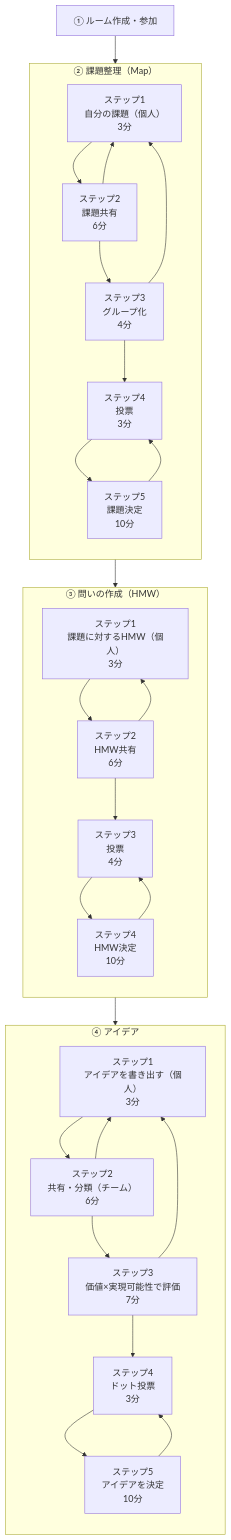
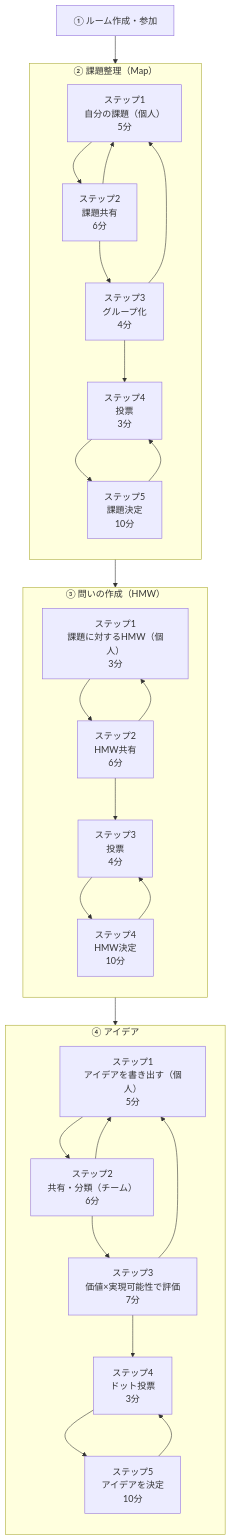
The diagram in docs/product/sprint-flow.md (engineer-first/idea-boost), drawn with Mermaid before and after one commit. The commit also changed other lines of this file and 15 other files, not shown here.

````diff
--- a/docs/product/sprint-flow.md
+++ b/docs/product/sprint-flow.md
@@ -7,51 +7,51 @@
 ```mermaid
 flowchart TD
 
 A[① ルーム作成・参加]
 
 A --> C
 
 subgraph C["② 課題整理（Map）"]
 direction TB
-C1[ステップ1<br>自分の課題（個人）<br>3分]
+C1[ステップ1<br>自分の課題（個人）<br>5分]
 C2[ステップ2<br>課題共有<br>6分]
 C3[ステップ3<br>グループ化<br>4分]
 C4[ステップ4<br>投票<br>3分]
 C5[ステップ5<br>課題決定<br>10分]
 
 C1 --> C2 --> C3 --> C4 --> C5
 C2 --> C1
 C3 --> C1
 C5 --> C4
 end
 
 C --> D
 
 subgraph D["③ 問いの作成（HMW）"]
 direction TB
 D1[ステップ1<br>課題に対するHMW（個人）<br>3分]
 D2[ステップ2<br>HMW共有<br>6分]
 D3[ステップ3<br>投票<br>4分]
 D4[ステップ4<br>HMW決定<br>10分]
 
 D1 --> D2 --> D3 --> D4
 D2 --> D1
 D4 --> D3
 end
 
 D --> E
 
 subgraph E["④ アイデア"]
 direction TB
-E1[ステップ1<br>アイデアを書き出す（個人）<br>3分]
+E1[ステップ1<br>アイデアを書き出す（個人）<br>5分]
 E2[ステップ2<br>共有・分類（チーム）<br>6分]
 E3[ステップ3<br>価値×実現可能性で評価<br>7分]
 E4[ステップ4<br>ドット投票<br>3分]
 E5[ステップ5<br>アイデアを決定<br>10分]
 
 E1 --> E2 --> E3 --> E4 --> E5
 E2 --> E1
 E3 --> E1
 E5 --> E4
 end
 ```
````
